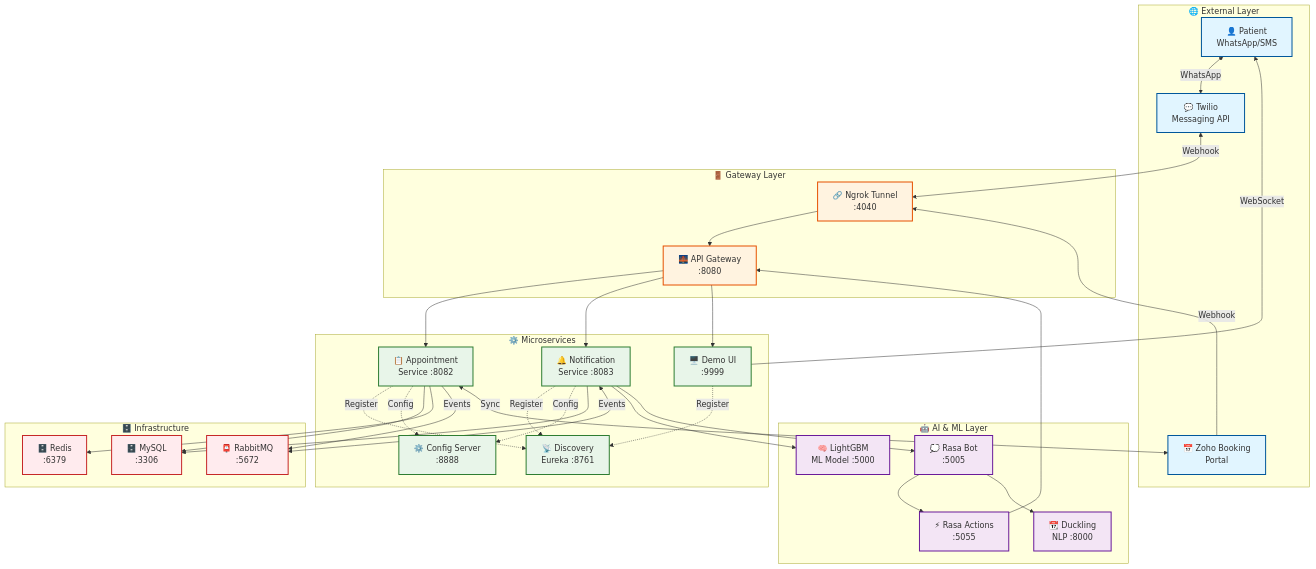
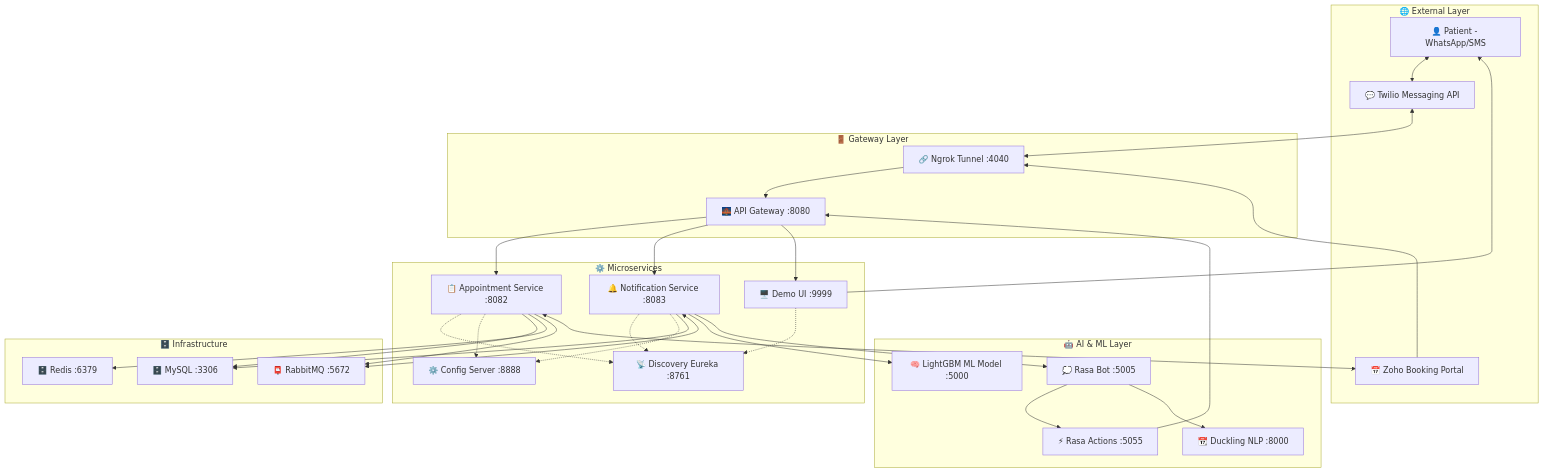
The first of 2 diagrams in README.md (mariasstalin/smart-scheduler), drawn with Mermaid before and after one commit.

Commit message:
Refactor Mermaid diagram for clarity

````diff
--- a/README.md
+++ b/README.md
@@ -39,86 +39,66 @@
 ```mermaid
 graph TB
     subgraph External["🌐 External Layer"]
-        Patient["👤 Patient<br/>WhatsApp/SMS"]
-        Zoho["📅 Zoho Booking<br/>Portal"]
-        Twilio["💬 Twilio<br/>Messaging API"]
+        Patient["👤 Patient - WhatsApp/SMS"]
+        Zoho["📅 Zoho Booking Portal"]
+        Twilio["💬 Twilio Messaging API"]
     end
 
     subgraph Gateway["🚪 Gateway Layer"]
-        Ngrok["🔗 Ngrok Tunnel<br/>:4040"]
-        APIGateway["🌉 API Gateway<br/>:8080"]
+        Ngrok["🔗 Ngrok Tunnel :4040"]
+        APIGateway["🌉 API Gateway :8080"]
     end
 
     subgraph Services["⚙️ Microservices"]
-        Discovery["📡 Discovery<br/>Eureka :8761"]
-        Config["⚙️ Config Server<br/>:8888"]
-        Appointment["📋 Appointment<br/>Service :8082"]
-        Notification["🔔 Notification<br/>Service :8083"]
-        Demo["🖥️ Demo UI<br/>:9999"]
+        Discovery["📡 Discovery Eureka :8761"]
+        Config["⚙️ Config Server :8888"]
+        Appointment["📋 Appointment Service :8082"]
+        Notification["🔔 Notification Service :8083"]
+        Demo["🖥️ Demo UI :9999"]
     end
 
     subgraph AI["🤖 AI & ML Layer"]
-        Rasa["💭 Rasa Bot<br/>:5005"]
-        RasaActions["⚡ Rasa Actions<br/>:5055"]
-        LightGBM["🧠 LightGBM<br/>ML Model :5000"]
-        Duckling["📆 Duckling<br/>NLP :8000"]
+        Rasa["💭 Rasa Bot :5005"]
+        RasaActions["⚡ Rasa Actions :5055"]
+        LightGBM["🧠 LightGBM ML Model :5000"]
+        Duckling["📆 Duckling NLP :8000"]
     end
 
     subgraph Infra["🗄️ Infrastructure"]
-        MySQL["🗄️ MySQL<br/>:3306"]
-        Redis["🗄️ Redis<br/>:6379"]
-        RabbitMQ["📮 RabbitMQ<br/>:5672"]
+        MySQL["🗄️ MySQL :3306"]
+        Redis["🗄️ Redis :6379"]
+        RabbitMQ["📮 RabbitMQ :5672"]
     end
 
-    %% External connections
-    Patient <-->|"WhatsApp"| Twilio
-    Twilio <-->|"Webhook"| Ngrok
-    Zoho -->|"Webhook"| Ngrok
+    Patient <--> Twilio
+    Twilio <--> Ngrok
+    Zoho --> Ngrok
     Ngrok --> APIGateway
 
-    %% Gateway to services
     APIGateway --> Appointment
     APIGateway --> Notification
     APIGateway --> Demo
 
-    %% Service discovery
-    Appointment -.->|"Register"| Discovery
-    Notification -.->|"Register"| Discovery
-    Demo -.->|"Register"| Discovery
+    Appointment -.-> Discovery
+    Notification -.-> Discovery
+    Demo -.-> Discovery
 
-    %% Config
-    Appointment -.->|"Config"| Config
-    Notification -.->|"Config"| Config
+    Appointment -.-> Config
+    Notification -.-> Config
 
-    %% Appointment service
     Appointment --> MySQL
     Appointment --> Redis
-    Appointment -->|"Events"| RabbitMQ
-    Appointment <-->|"Sync"| Zoho
+    Appointment --> RabbitMQ
+    Appointment <--> Zoho
 
-    %% Notification service
     Notification --> MySQL
-    Notification <-->|"Events"| RabbitMQ
+    Notification <--> RabbitMQ
     Notification --> LightGBM
     Notification --> Rasa
 
-    %% Rasa
     Rasa --> RasaActions
     Rasa --> Duckling
     RasaActions --> APIGateway
 
-    %% Demo
-    Demo -->|"WebSocket"| Patient
-
-    classDef external fill:#e1f5ff,stroke:#01579b,stroke-width:2px
-    classDef gateway fill:#fff3e0,stroke:#e65100,stroke-width:2px
-    classDef service fill:#e8f5e9,stroke:#2e7d32,stroke-width:2px
-    classDef ai fill:#f3e5f5,stroke:#6a1b9a,stroke-width:2px
-    classDef infra fill:#ffebee,stroke:#c62828,stroke-width:2px
-
-    class Patient,Zoho,Twilio external
-    class Ngrok,APIGateway gateway
-    class Discovery,Config,Appointment,Notification,Demo service
-    class Rasa,RasaActions,LightGBM,Duckling ai
-    class MySQL,Redis,RabbitMQ infra
+    Demo --> Patient
 ```
````
